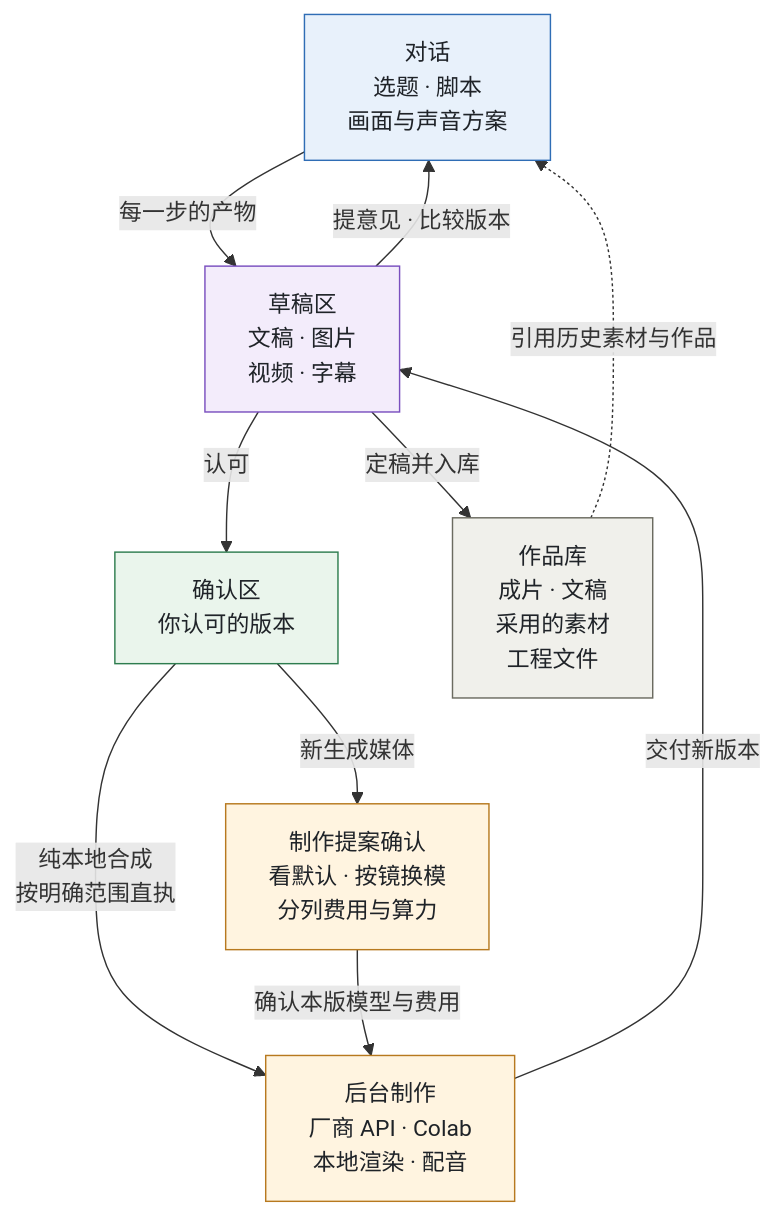
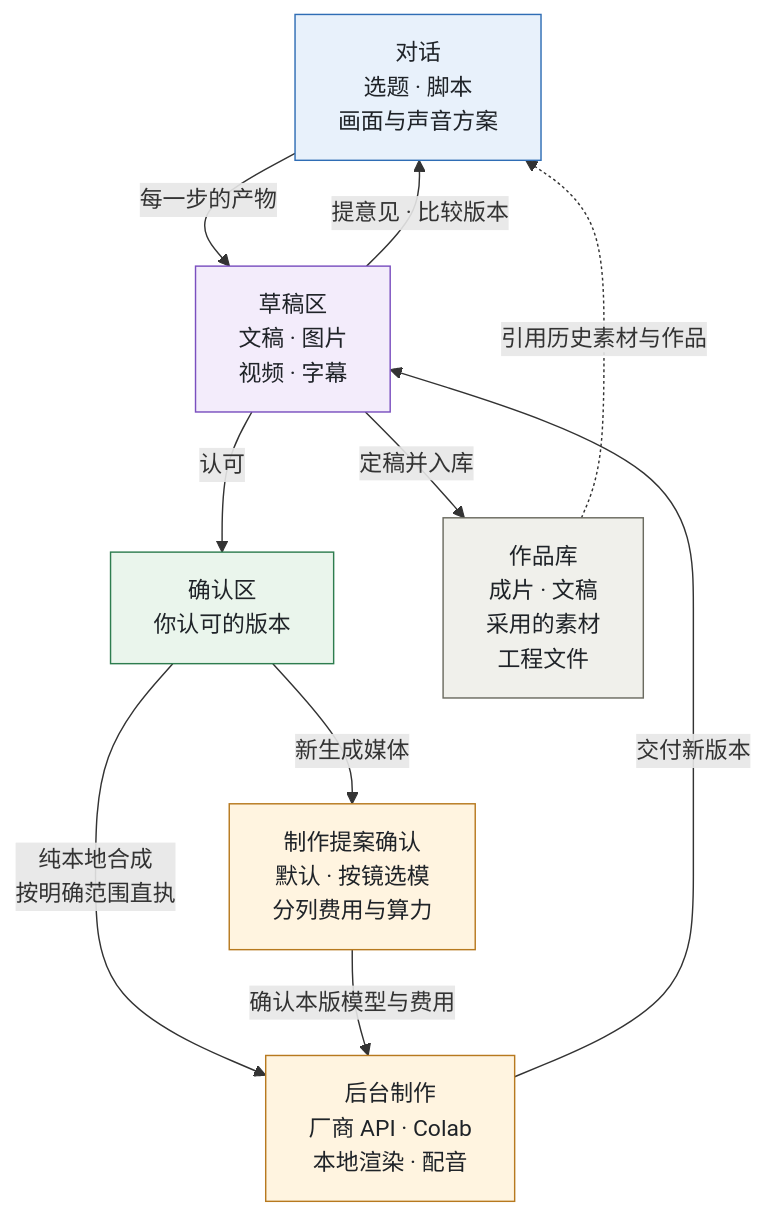
The first of 11 diagrams in README.md (yaoziyaoguai/video-factory), drawn with Mermaid before and after one commit. The commit also changed other lines of this file, not shown here.

Commit message:
docs(readme): prevent GitHub Mermaid node label orphan wraps [skip ci]

````diff
--- a/README.md
+++ b/README.md
@@ -25,30 +25,30 @@
 ```mermaid
 flowchart TB
   CHAT["对话<br/>选题 · 脚本<br/>画面与声音方案"]
   DRAFT["草稿区<br/>文稿 · 图片<br/>视频 · 字幕"]
   CONFIRMED["确认区<br/>你认可的版本"]
-  CONFIRM_MODEL["制作提案确认<br/>看默认 · 按镜换模<br/>分列费用与算力"]
+  CONFIRM_MODEL["制作提案确认<br/>默认 · 按镜选模<br/>分列费用与算力"]
   MAKE["后台制作<br/>厂商 API · Colab<br/>本地渲染 · 配音"]
   LIBRARY["作品库<br/>成片 · 文稿<br/>采用的素材<br/>工程文件"]
 
   CHAT -->|"每一步的产物"| DRAFT
   DRAFT -->|"提意见 · 比较版本"| CHAT
   DRAFT -->|"认可"| CONFIRMED
   CONFIRMED -->|"纯本地合成<br/>按明确范围直执"| MAKE
   CONFIRMED -->|"新生成媒体"| CONFIRM_MODEL
   CONFIRM_MODEL -->|"确认本版模型与费用"| MAKE
   MAKE -->|"交付新版本"| DRAFT
   DRAFT -->|"定稿并入库"| LIBRARY
   LIBRARY -.->|"引用历史素材与作品"| CHAT
 
   classDef cChat fill:#E8F1FB,stroke:#2F6DB5,color:#1F2328
   classDef cWork fill:#F3ECFB,stroke:#7A4FBF,color:#1F2328
   classDef cKeep fill:#EAF5EC,stroke:#2E7D4F,color:#1F2328
   classDef cMake fill:#FFF4E0,stroke:#B7791F,color:#1F2328
   classDef cStore fill:#F0F0EB,stroke:#6B6B60,color:#1F2328
   class CHAT cChat
   class DRAFT cWork
   class CONFIRMED cKeep
   class CONFIRM_MODEL,MAKE cMake
   class LIBRARY cStore
 ```
````
